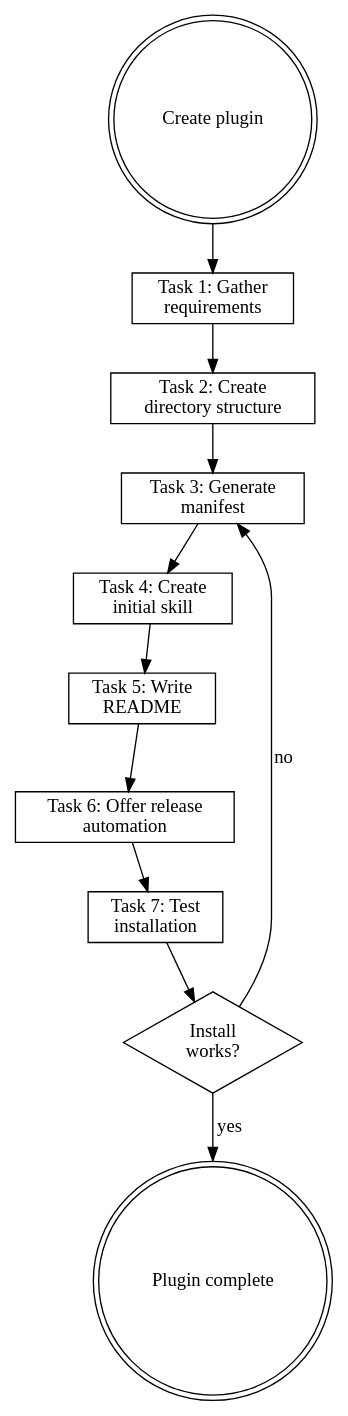
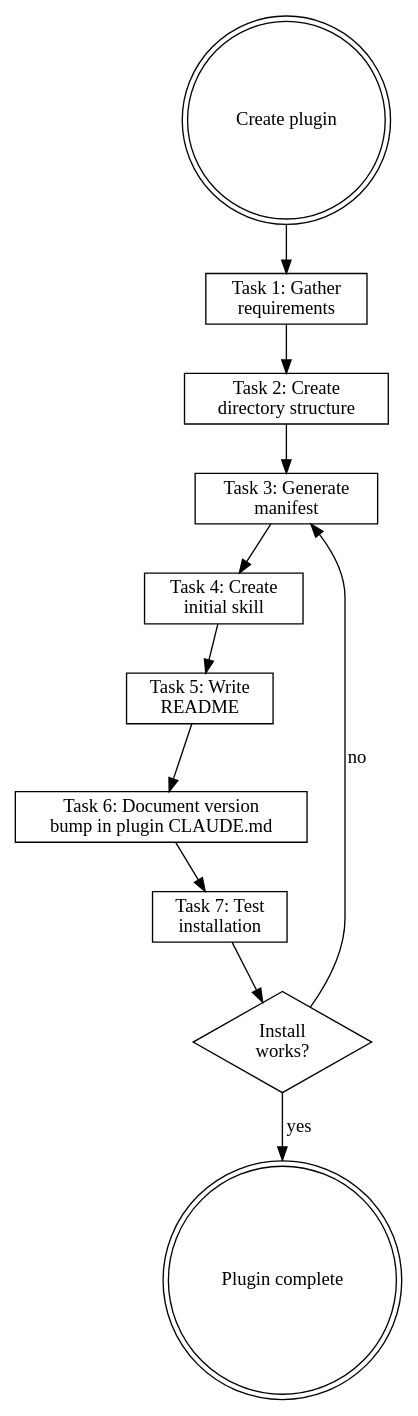
Before and after one commit to wayne930242/Reflexive-Claude-Code: the diagram in plugins/rcc/skills/creating-plugins/SKILL.md, drawn with Graphviz. The commit also changed other lines of this file and 7 other files, not shown here.

First line of the commit message:
feat: move plugin version bump docs into plugin CLAUDE.md

````diff
--- a/plugins/rcc/skills/creating-plugins/SKILL.md
+++ b/plugins/rcc/skills/creating-plugins/SKILL.md
@@ -204,27 +201,27 @@
 ```dot
 digraph plugin_creation {
     rankdir=TB;
 
     start [label="Create plugin", shape=doublecircle];
     gather [label="Task 1: Gather\nrequirements", shape=box];
     structure [label="Task 2: Create\ndirectory structure", shape=box];
     manifest [label="Task 3: Generate\nmanifest", shape=box];
     skill [label="Task 4: Create\ninitial skill", shape=box];
     readme [label="Task 5: Write\nREADME", shape=box];
-    release [label="Task 6: Offer release\nautomation", shape=box];
+    release [label="Task 6: Document version\nbump in plugin CLAUDE.md", shape=box];
     test [label="Task 7: Test\ninstallation", shape=box];
     test_pass [label="Install\nworks?", shape=diamond];
     done [label="Plugin complete", shape=doublecircle];
 
     start -> gather;
     gather -> structure;
     structure -> manifest;
     manifest -> skill;
     skill -> readme;
     readme -> release;
     release -> test;
     test -> test_pass;
     test_pass -> done [label="yes"];
     test_pass -> manifest [label="no"];
 }
 ```
````
